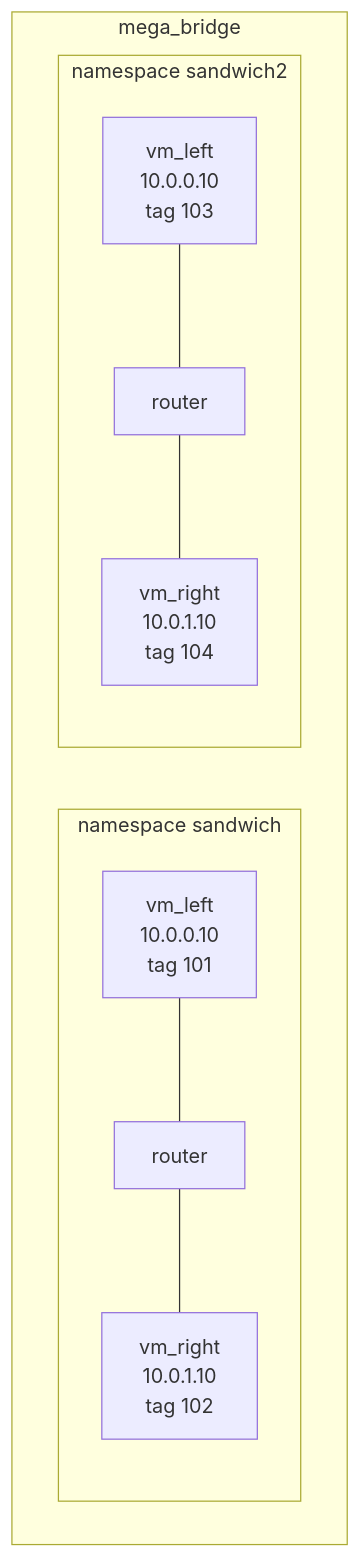
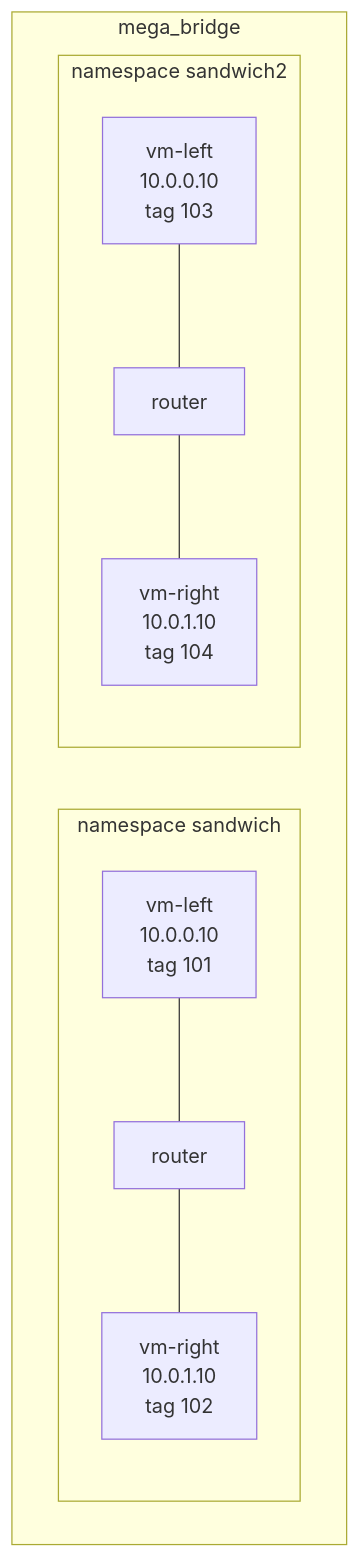
The diagram in doc/content/training/miniclass/16-namespaces.md (sandia-minimega/minimega), drawn with Mermaid before and after one commit. The commit also changed other lines of this file and 40 other files, not shown here.

````diff
--- a/doc/content/training/miniclass/16-namespaces.md
+++ b/doc/content/training/miniclass/16-namespaces.md
@@ -127,12 +127,12 @@
 ```mermaid
 flowchart LR
     subgraph br["mega_bridge"]
         direction LR
         subgraph s1["namespace sandwich"]
-            a1["vm_left<br/>10.0.0.10<br/>tag 101"] --- r1["router"] --- b1["vm_right<br/>10.0.1.10<br/>tag 102"]
+            a1["vm-left<br/>10.0.0.10<br/>tag 101"] --- r1["router"] --- b1["vm-right<br/>10.0.1.10<br/>tag 102"]
         end
         subgraph s2["namespace sandwich2"]
-            a2["vm_left<br/>10.0.0.10<br/>tag 103"] --- r2["router"] --- b2["vm_right<br/>10.0.1.10<br/>tag 104"]
+            a2["vm-left<br/>10.0.0.10<br/>tag 103"] --- r2["router"] --- b2["vm-right<br/>10.0.1.10<br/>tag 104"]
         end
     end
 ```
````
